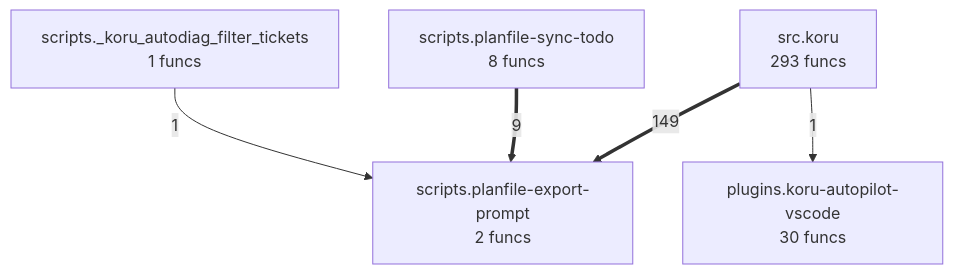
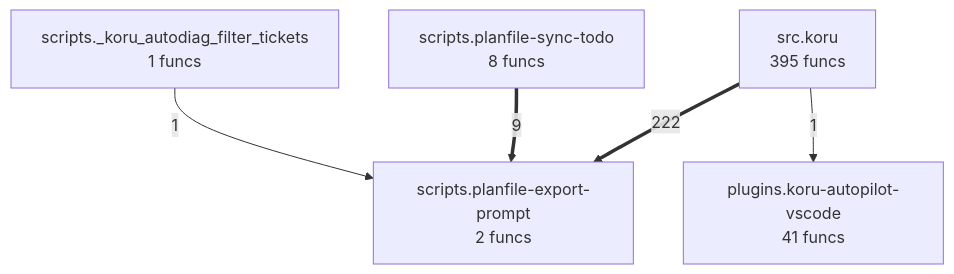
Before and after one commit to semcod/koru: the diagram in project/compact_flow.mmd, drawn with Mermaid. The commit also changed 19 other files, not shown here.

```diff
--- a/project/compact_flow.mmd
+++ b/project/compact_flow.mmd
@@ -1,11 +1,11 @@
 flowchart TD
 %% generated in 0.01s
-    plugins__koru_autopilot_vscode["plugins.koru-autopilot-vscode<br/>30 funcs"]
+    plugins__koru_autopilot_vscode["plugins.koru-autopilot-vscode<br/>41 funcs"]
     scripts___koru_autodiag_filter_tickets["scripts._koru_autodiag_filter_tickets<br/>1 funcs"]
     scripts__planfile_export_prompt["scripts.planfile-export-prompt<br/>2 funcs"]
     scripts__planfile_sync_todo["scripts.planfile-sync-todo<br/>8 funcs"]
-    src__koru["src.koru<br/>293 funcs"]
-    src__koru ==>|149| scripts__planfile_export_prompt
+    src__koru["src.koru<br/>395 funcs"]
+    src__koru ==>|222| scripts__planfile_export_prompt
     scripts__planfile_sync_todo ==>|9| scripts__planfile_export_prompt
     src__koru -->|1| plugins__koru_autopilot_vscode
     scripts___koru_autodiag_filter_tickets -->|1| scripts__planfile_export_prompt
```
